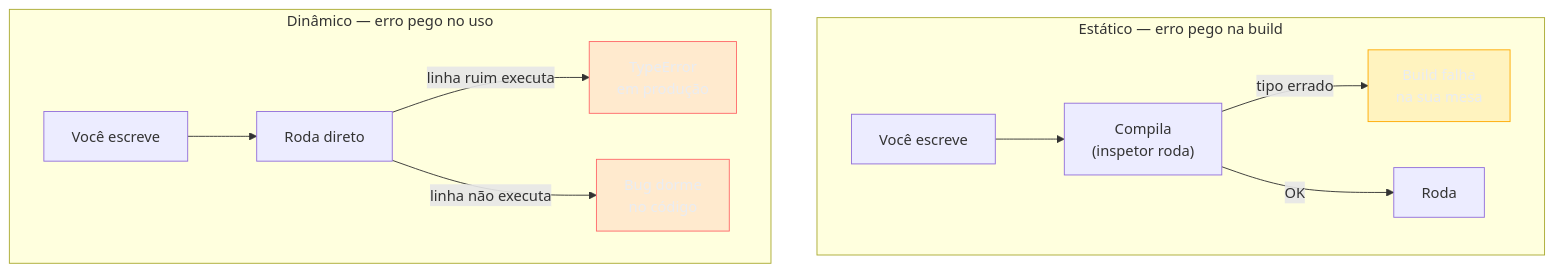
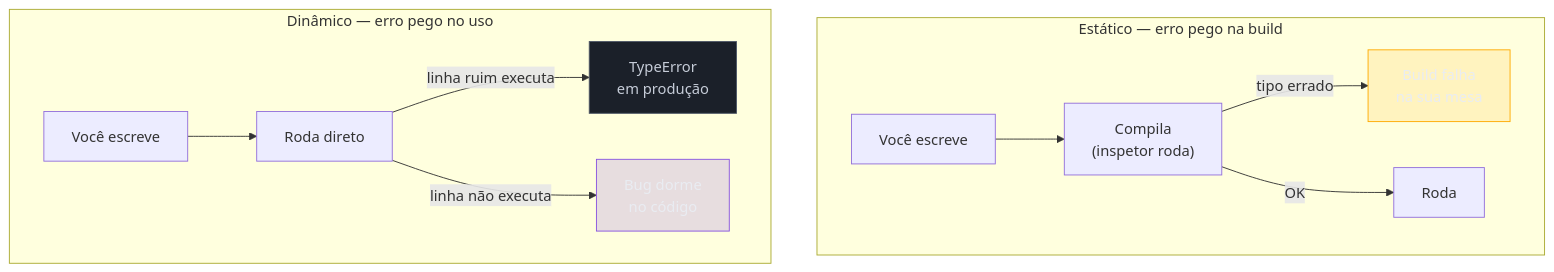
One commit to josenaldo/codex-technomanticus changed the second of 5 diagrams in 03-Dominios/Ciência/Paradigmas/13 - Sistemas de tipos.md. Above: the diagram before and after it, drawn with Mermaid. The commit also changed other lines of this file and 601 other files, not shown here.

````diff
--- a/03-Dominios/Ciência/Paradigmas/13 - Sistemas de tipos.md
+++ b/03-Dominios/Ciência/Paradigmas/13 - Sistemas de tipos.md
@@ -67,18 +67,19 @@
 ```mermaid
 flowchart TB
+    classDef marca fill:#8855DF33,stroke:#8855DF,color:#E9ECF2
+    classDef neutro fill:#1B2029,stroke:#4E5666,color:#C6CCD8
     classDef destaque fill:#FFAA0024,stroke:#FFAA00,color:#E9ECF2
-    classDef falha fill:#FF6B6B24,stroke:#FF6B6B,color:#E9ECF2
     subgraph EST["Estático — erro pego na build"]
         E1["Você escreve"] --> E2["Compila<br/>(inspetor roda)"]
         E2 -->|"tipo errado"| E3["Build falha<br/>na sua mesa"]
         E2 -->|"OK"| E4["Roda"]
     end
     subgraph DIN["Dinâmico — erro pego no uso"]
         D1["Você escreve"] --> D2["Roda direto"]
         D2 -->|"linha ruim executa"| D3["TypeError<br/>em produção"]
         D2 -->|"linha não executa"| D4["Bug dorme<br/>no código"]
     end
     class E3 destaque
-    class D3 falha
-    class D4 falha
+    class D3 neutro
+    class D4 marca
 ```
````
